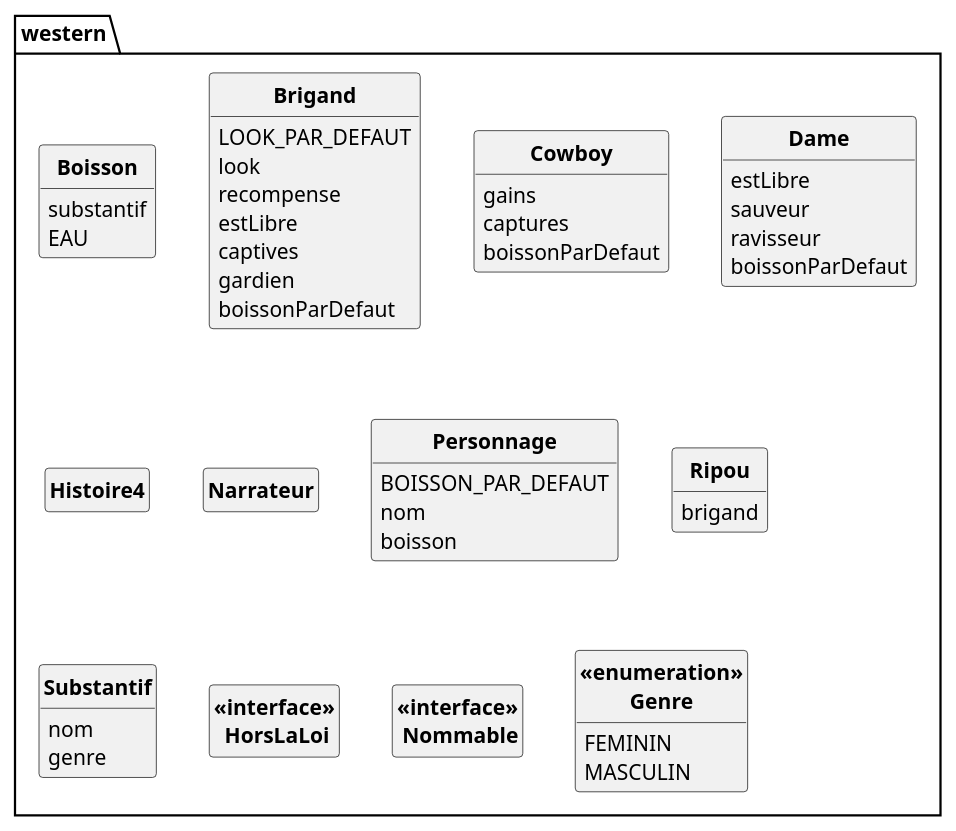
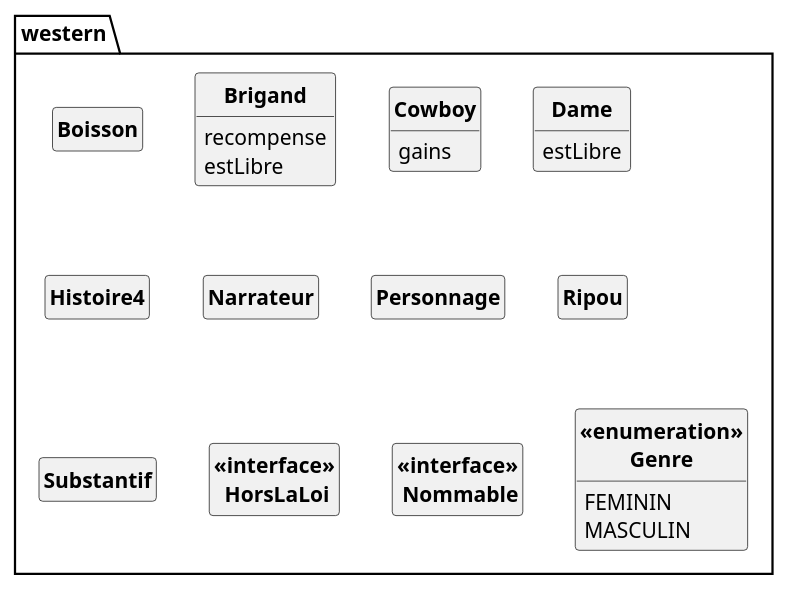
One commit to Lykomonix/API-JAVAtoPUML changed the diagram in javadoc.puml. Above: the diagram before and after it, drawn with PlantUML. The commit also changed 2 other files, not shown here.

```diff
--- a/javadoc.puml
+++ b/javadoc.puml
@@ -1,77 +1,59 @@
 @startuml
 
 skinparam style strictuml
 skinparam classAttributeIconSize 0
 skinparam classFontStyle Bold
 hide empty members
 
 Package "western" {
 class Boisson
 {
-substantif
-EAU
 }
 
 class Brigand
 {
-LOOK_PAR_DEFAUT
-look
 recompense
 estLibre
-captives
-gardien
-boissonParDefaut
 }
 
 class Cowboy
 {
 gains
-captures
-boissonParDefaut
 }
 
 class Dame
 {
 estLibre
-sauveur
-ravisseur
-boissonParDefaut
 }
 
 class Histoire4
 {
 }
 
 class Narrateur
 {
 }
 
 class Personnage
 {
-BOISSON_PAR_DEFAUT
-nom
-boisson
 }
 
 class Ripou
 {
-brigand
 }
 
 class Substantif
 {
-nom
-genre
 }
 
 class "<<interface>>\n HorsLaLoi"
 class "<<interface>>\n Nommable"
 class "<<enumeration>>\nGenre"
 {
 FEMININ
 MASCULIN
 }
 
 }
 
 @enduml
```
